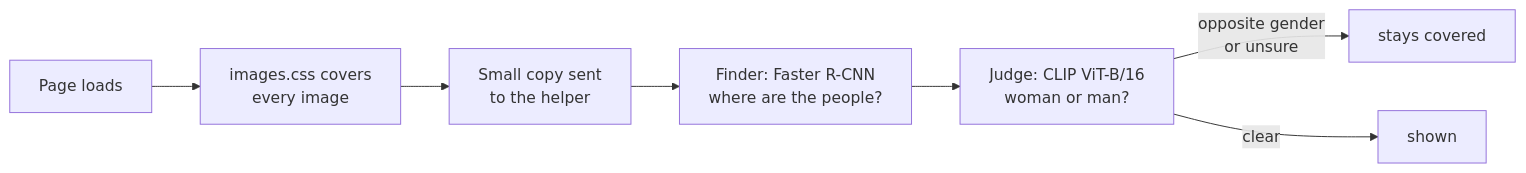
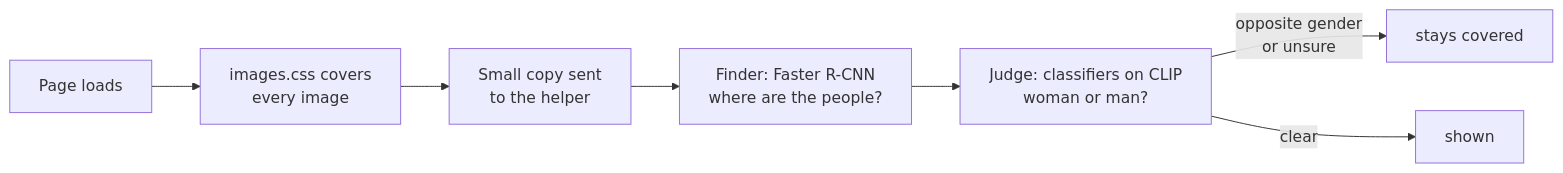
The second of 2 diagrams in README.md (kaiserkonok/haram-blocker), drawn with Mermaid before and after one commit. The commit also changed other lines of this file, not shown here.

````diff
--- a/README.md
+++ b/README.md
@@ -97,9 +97,9 @@
 ```mermaid
 flowchart LR
     A["Page loads"] --> B["images.css covers<br/>every image"]
     B --> C["Small copy sent<br/>to the helper"]
     C --> D["Finder: Faster R-CNN<br/>where are the people?"]
-    D --> E["Judge: CLIP ViT-B/16<br/>woman or man?"]
+    D --> E["Judge: classifiers on CLIP<br/>woman or man?"]
     E -->|"opposite gender<br/>or unsure"| F["stays covered"]
     E -->|clear| G["shown"]
 ```
````
